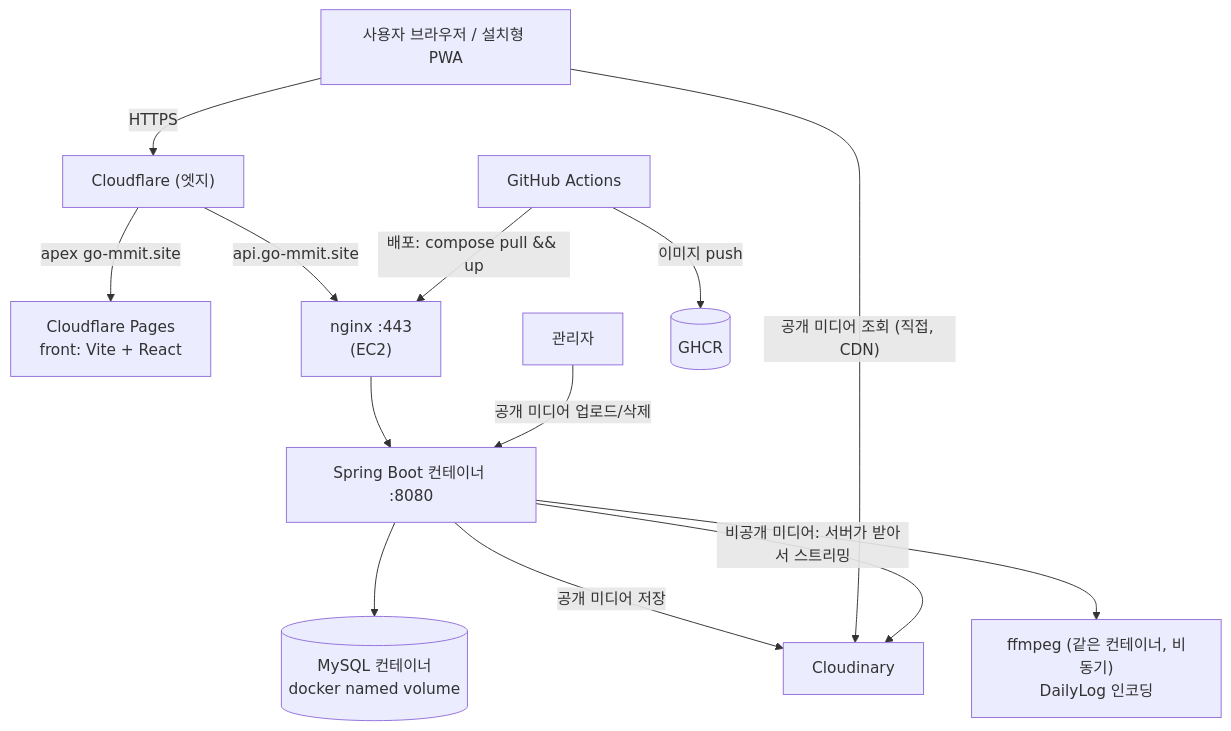
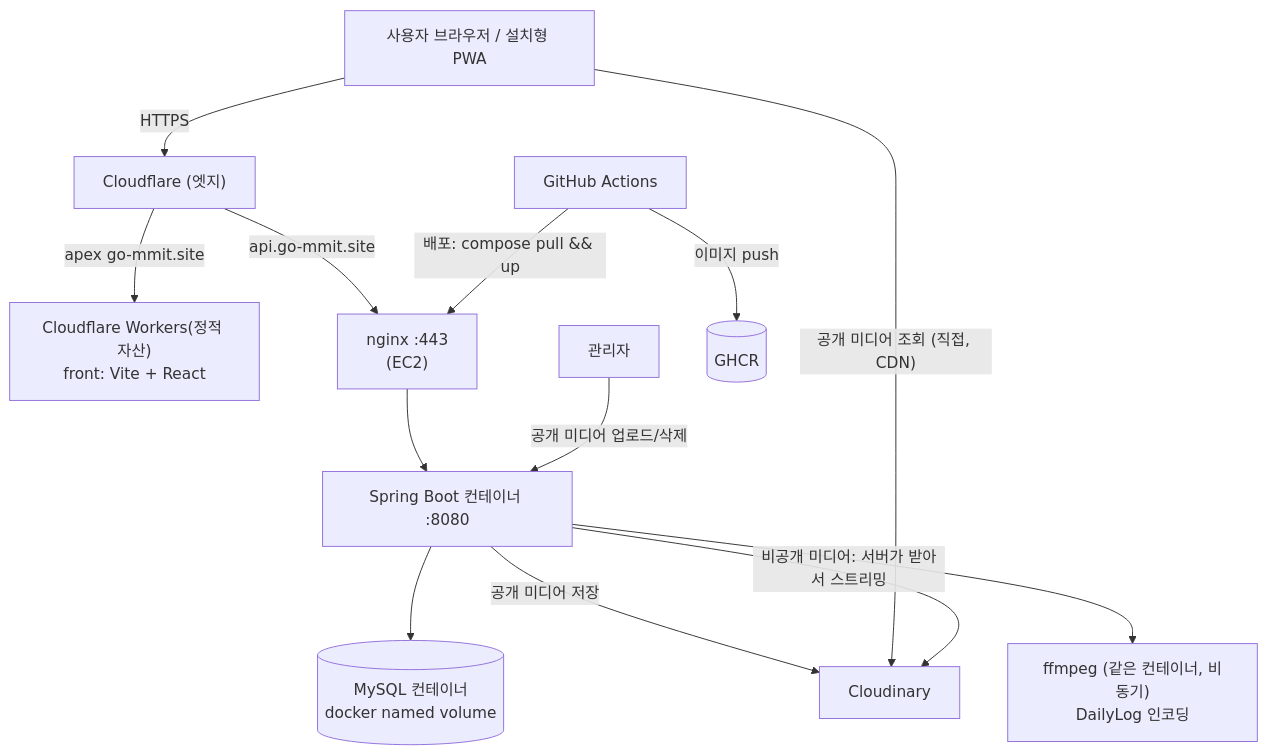
One commit to prgrms-be-devcourse/NBE10-12-final-ildangback changed the diagram in infra/docs/infra-design.md. Above: the diagram before and after it, drawn with Mermaid. The commit also changed other lines of this file and 3 other files, not shown here.

````diff
--- a/infra/docs/infra-design.md
+++ b/infra/docs/infra-design.md
@@ -48,15 +50,15 @@
 ```mermaid
 flowchart TB
     U["사용자 브라우저 / 설치형 PWA"] -->|HTTPS| CF["Cloudflare (엣지)"]
-    CF -->|"apex go-mmit.site"| PAGES["Cloudflare Pages<br/>front: Vite + React"]
+    CF -->|"apex go-mmit.site"| PAGES["Cloudflare Workers(정적 자산)<br/>front: Vite + React"]
     CF -->|"api.go-mmit.site"| NGINX["nginx :443<br/>(EC2)"]
     NGINX --> APP["Spring Boot 컨테이너 :8080"]
     APP --> DB[("MySQL 컨테이너<br/>docker named volume")]
     ADMIN["관리자"] -->|"공개 미디어 업로드/삭제"| APP
     APP -->|"공개 미디어 저장"| CLD["Cloudinary"]
     U -->|"공개 미디어 조회 (직접, CDN)"| CLD
     APP -->|"비공개 미디어: 서버가 받아서 스트리밍"| CLD
     APP --> FF["ffmpeg (같은 컨테이너, 비동기)<br/>DailyLog 인코딩"]
     GH["GitHub Actions"] -->|"이미지 push"| GHCR[("GHCR")]
     GH -->|"배포: compose pull && up"| NGINX
 ```
````
